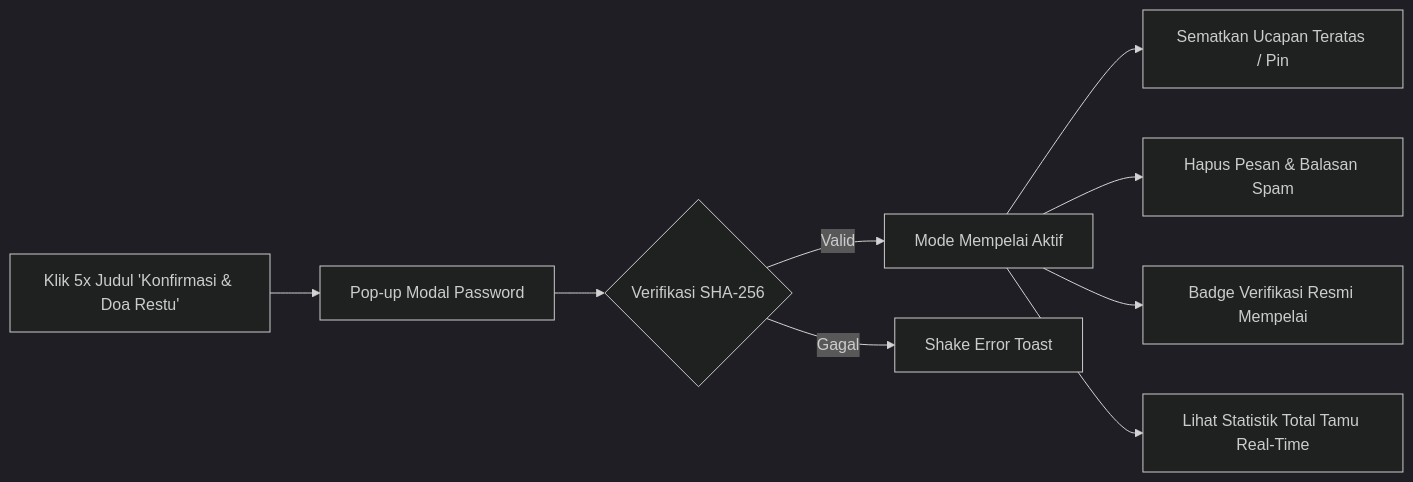
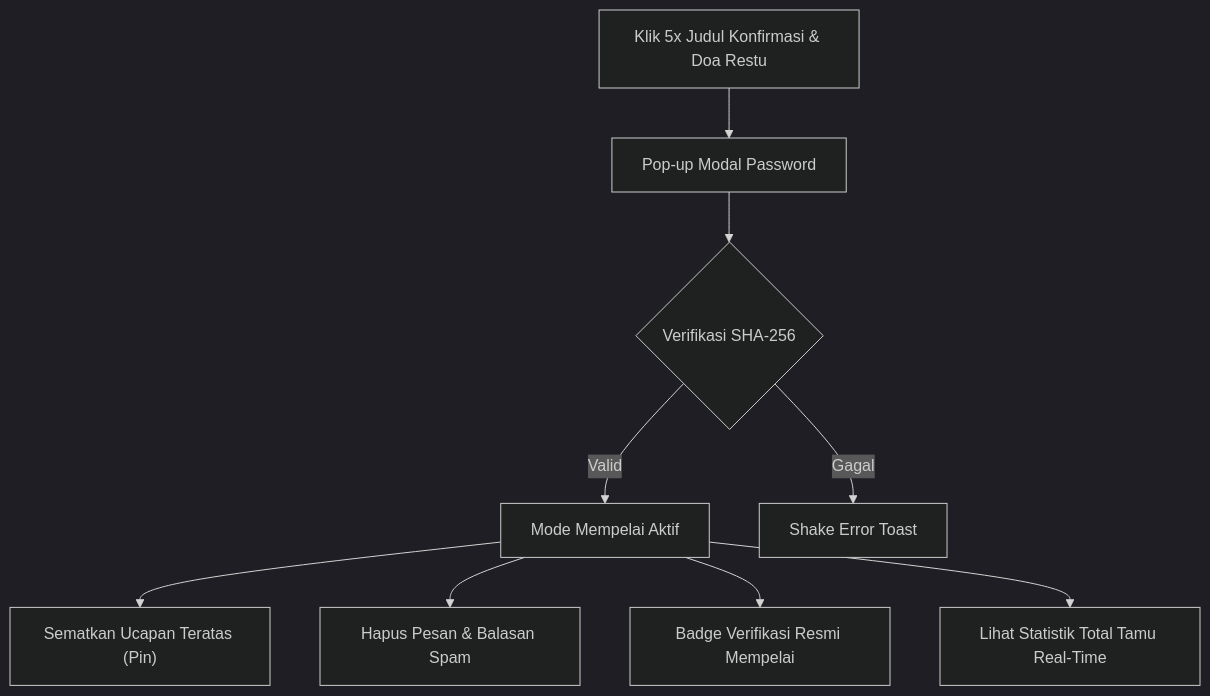
Before and after one commit to winanda150/pawiwahan-theme-1: the diagram in README.md, drawn with Mermaid (dark theme). The commit also changed other lines of this file, not shown here.

Commit message:
Fix flowchart TD

````diff
--- a/README.md
+++ b/README.md
@@ -101,11 +101,11 @@
 ```mermaid
-graph LR
-    A[Klik 5x Judul 'Konfirmasi & Doa Restu'] --> B[Pop-up Modal Password]
-    B --> C{Verifikasi SHA-256}
-    C -- Valid --> D[Mode Mempelai Aktif]
-    C -- Gagal --> E[Shake Error Toast]
-    D --> F[Sematkan Ucapan Teratas / Pin]
-    D --> G[Hapus Pesan & Balasan Spam]
-    D --> H[Badge Verifikasi Resmi Mempelai]
-    D --> I[Lihat Statistik Total Tamu Real-Time]
+flowchart TD
+    A["Klik 5x Judul Konfirmasi & Doa Restu"] --> B["Pop-up Modal Password"]
+    B --> C{"Verifikasi SHA-256"}
+    C -->|Valid| D["Mode Mempelai Aktif"]
+    C -->|Gagal| E["Shake Error Toast"]
+    D --> F["Sematkan Ucapan Teratas (Pin)"]
+    D --> G["Hapus Pesan & Balasan Spam"]
+    D --> H["Badge Verifikasi Resmi Mempelai"]
+    D --> I["Lihat Statistik Total Tamu Real-Time"]
 ```
````
